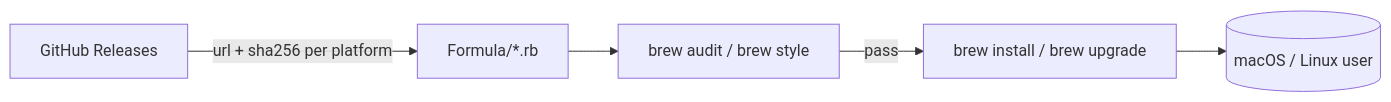
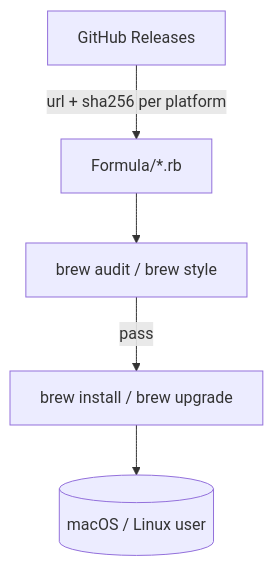
Before and after one commit to clouatre-labs/homebrew-tap: the diagram in README.md, drawn with Mermaid.

Commit message:
docs: render architecture diagram top-down for a squarer shape

````diff
--- a/README.md
+++ b/README.md
@@ -29,7 +29,7 @@
 ```mermaid
-flowchart LR
+flowchart TD
     R[GitHub Releases] -->|url + sha256 per platform| F[Formula/*.rb]
     F --> B[brew audit / brew style]
     B -->|pass| U[brew install / brew upgrade]
     U --> User[(macOS / Linux user)]
 ```
````
